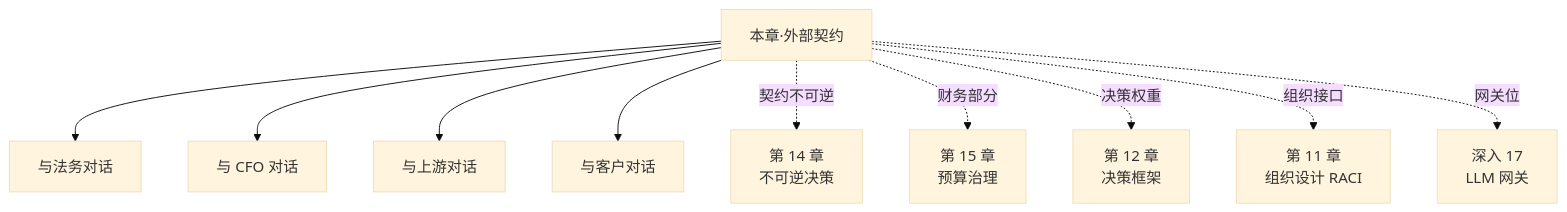
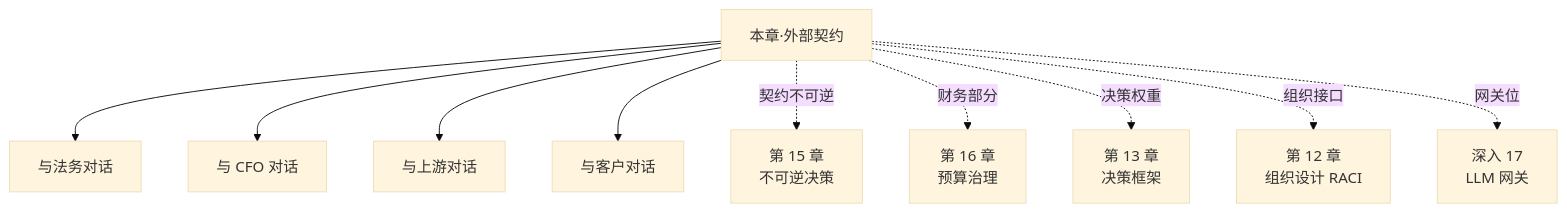
Before and after one commit to oh-my-vibe-coding/ai-reliability-architecture: the fourth of 4 diagrams in 架构/07-与外部世界的契约.md, drawn with Mermaid (base theme). The commit also changed other lines of this file and 51 other files, not shown here.

First line of the commit message:
release: v1.12.0 — 新增第 7 章《从链到图》+ 深入 29 + 全书重编号

````diff
--- a/架构/07-与外部世界的契约.md
+++ b/架构/07-与外部世界的契约.md
@@ -413,14 +419,14 @@
 ```mermaid
 flowchart TB
     A7[本章·外部契约]
     A7 --> Legal[与法务对话]
     A7 --> CFO[与 CFO 对话]
     A7 --> Vendor[与上游对话]
     A7 --> Customer[与客户对话]
 
-    A7 -.契约不可逆.-> A5[第 14 章<br/>不可逆决策]
-    A7 -.财务部分.-> A6[第 15 章<br/>预算治理]
-    A7 -.决策权重.-> A3[第 12 章<br/>决策框架]
-    A7 -.组织接口.-> A2[第 11 章<br/>组织设计 RACI]
+    A7 -.契约不可逆.-> A5[第 15 章<br/>不可逆决策]
+    A7 -.财务部分.-> A6[第 16 章<br/>预算治理]
+    A7 -.决策权重.-> A3[第 13 章<br/>决策框架]
+    A7 -.组织接口.-> A2[第 12 章<br/>组织设计 RACI]
     A7 -.网关位.-> D17[深入 17<br/>LLM 网关]
 ```
````
